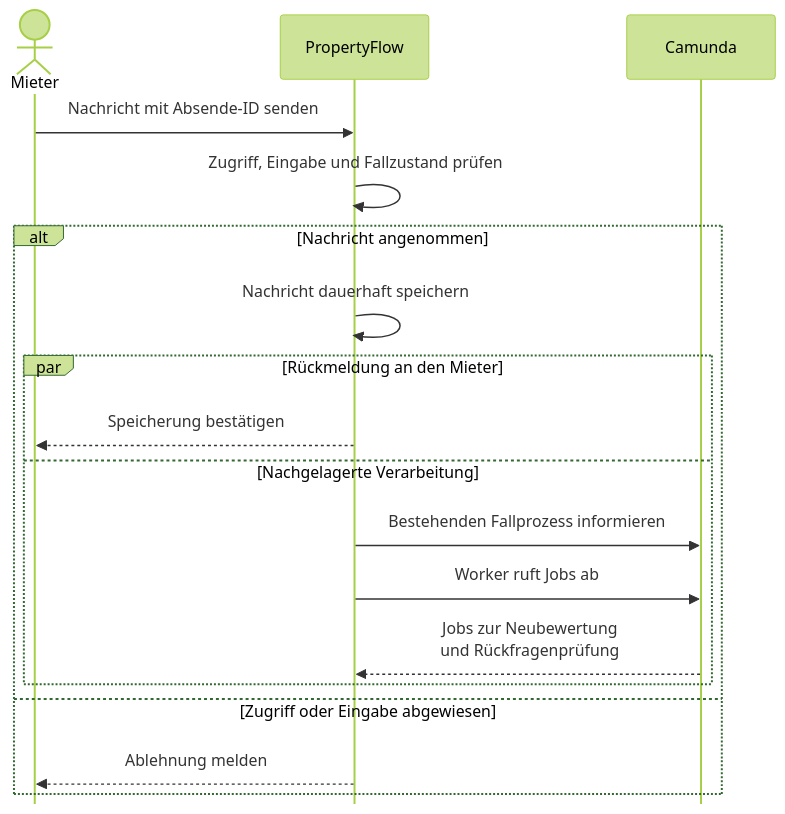
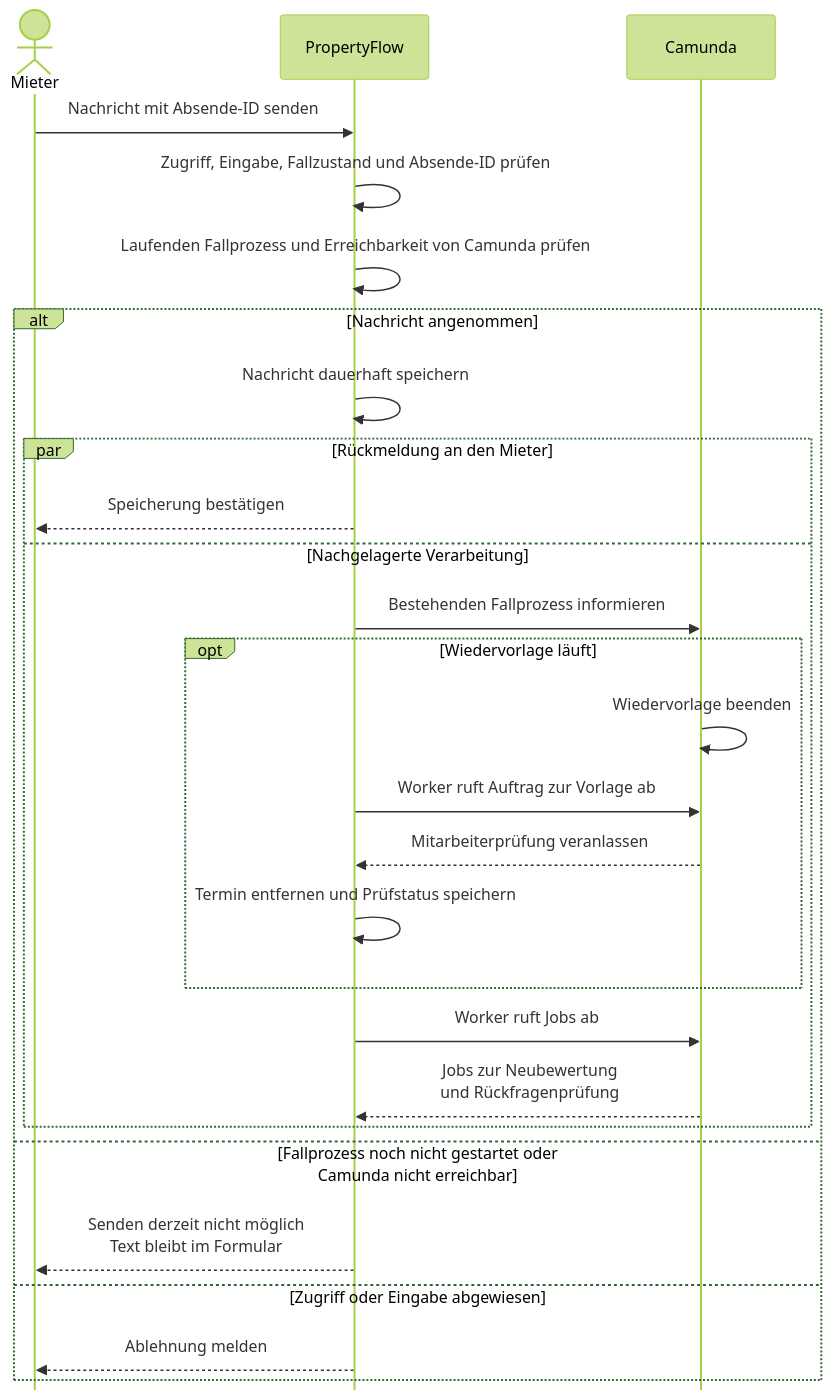
Before and after one commit to permarco/propertyflow: the second of 2 diagrams in docs/use_cases/UC-009-mieteranliegen-ergaenzen.md, drawn with Mermaid (forest theme). The commit also changed other lines of this file and 67 other files, not shown here.

Commit message:
docs: Fallbesitz und Übergabe von Intake an Case Processing festhalten

````diff
--- a/docs/use_cases/UC-009-mieteranliegen-ergaenzen.md
+++ b/docs/use_cases/UC-009-mieteranliegen-ergaenzen.md
@@ -47,26 +51,35 @@
 ```mermaid
 ---
 config:
   sequence:
     mirrorActors: false
 ---
 sequenceDiagram
     actor M as Mieter
     participant P as PropertyFlow
     participant C as Camunda
 
     M->>P: Nachricht mit Absende-ID senden
-    P->>P: Zugriff, Eingabe und Fallzustand prüfen
+    P->>P: Zugriff, Eingabe, Fallzustand und Absende-ID prüfen
+    P->>P: Laufenden Fallprozess und Erreichbarkeit von Camunda prüfen
     alt Nachricht angenommen
         P->>P: Nachricht dauerhaft speichern
         par Rückmeldung an den Mieter
             P-->>M: Speicherung bestätigen
         and Nachgelagerte Verarbeitung
             P->>C: Bestehenden Fallprozess informieren
+            opt Wiedervorlage läuft
+                C->>C: Wiedervorlage beenden
+                P->>C: Worker ruft Auftrag zur Vorlage ab
+                C-->>P: Mitarbeiterprüfung veranlassen
+                P->>P: Termin entfernen und Prüfstatus speichern
+            end
             P->>C: Worker ruft Jobs ab
             C-->>P: Jobs zur Neubewertung<br/>und Rückfragenprüfung
         end
+    else Fallprozess noch nicht gestartet oder Camunda nicht erreichbar
+        P-->>M: Senden derzeit nicht möglich<br/>Text bleibt im Formular
     else Zugriff oder Eingabe abgewiesen
         P-->>M: Ablehnung melden
     end
 ```
````
